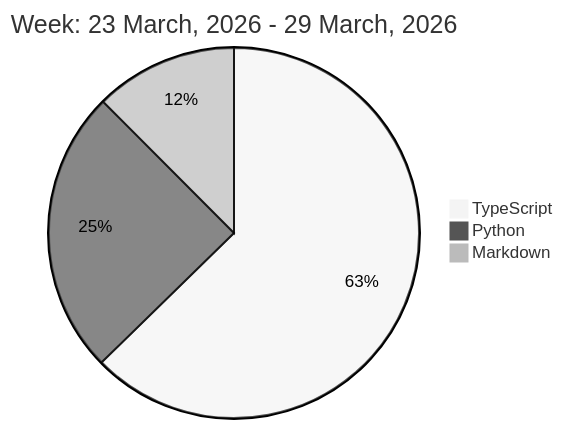
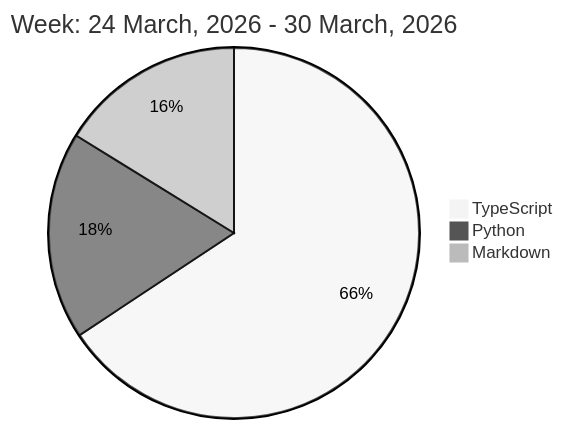
The diagram in README.md (liubin95/liubin95), drawn with Mermaid (neutral theme) before and after one commit.

Commit message:
Updated the Graph with new Metrics

````diff
--- a/README.md
+++ b/README.md
@@ -32,7 +32,7 @@
 ```mermaid
  pie
-title Week: 23 March, 2026 - 29 March, 2026
- "TypeScript" : 10.55
- "Python" : 4.18
- "Markdown" : 2.1
+title Week: 24 March, 2026 - 30 March, 2026
+ "TypeScript" : 9.25
+ "Python" : 2.55
+ "Markdown" : 2.28
 ```
````
